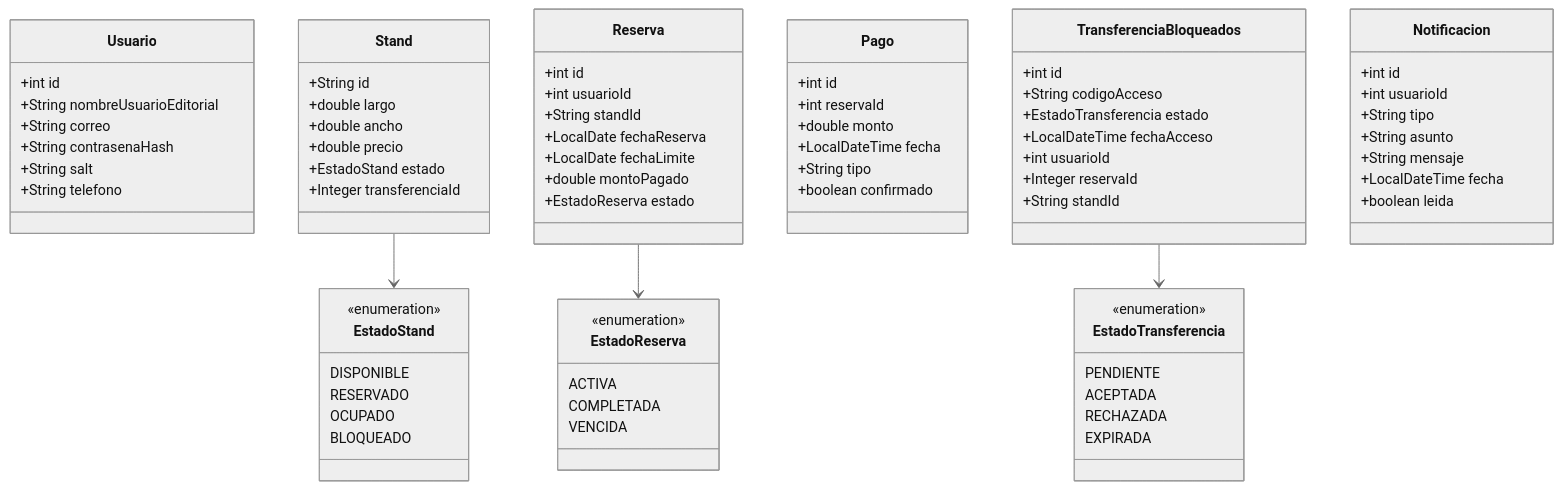
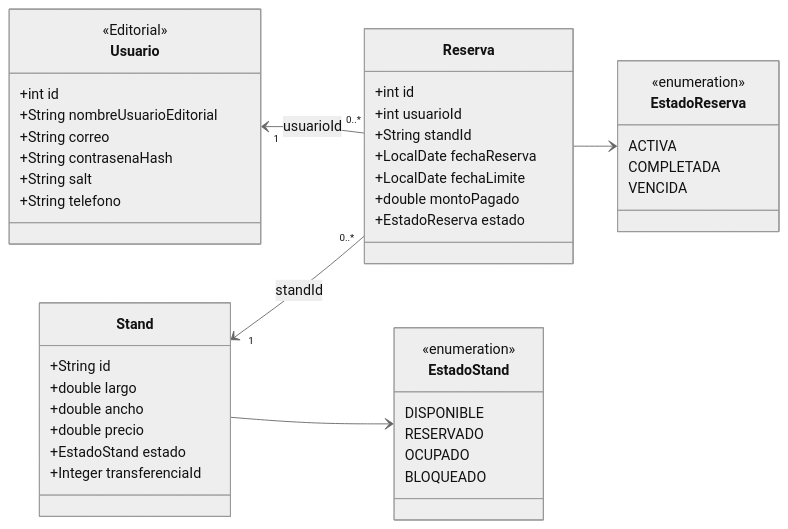
Before and after one commit to Javtamata145/StandsFiley-POO: the second of 9 diagrams in Stands-Filey/DiagramaClases/DiagramaClases.md, drawn with Mermaid (neutral theme). The commit also changed other lines of this file, not shown here.

Commit message:
Actualizando Diagrama clases

````diff
--- a/Stands-Filey/DiagramaClases/DiagramaClases.md
+++ b/Stands-Filey/DiagramaClases/DiagramaClases.md
@@ -41,15 +79,6 @@
 ```mermaid
 classDiagram
-direction TB
-
-class Usuario {
-  +int id
-  +String nombreUsuarioEditorial
-  +String correo
-  +String contrasenaHash
-  +String salt
-  +String telefono
-}
+direction LR
 
 class Stand {
   +String id
@@ -60,6 +89,16 @@
   +Integer transferenciaId
 }
 
+class Usuario {
+  <<Editorial>>
+  +int id
+  +String nombreUsuarioEditorial
+  +String correo
+  +String contrasenaHash
+  +String salt
+  +String telefono
+}
+
 class Reserva {
   +int id
   +int usuarioId
@@ -68,35 +107,6 @@
   +LocalDate fechaLimite
   +double montoPagado
   +EstadoReserva estado
-}
-
-class Pago {
-  +int id
-  +int reservaId
-  +double monto
-  +LocalDateTime fecha
-  +String tipo
-  +boolean confirmado
-}
-
-class TransferenciaBloqueados {
-  +int id
-  +String codigoAcceso
-  +EstadoTransferencia estado
-  +LocalDateTime fechaAcceso
-  +int usuarioId
-  +Integer reservaId
-  +String standId
-}
-
-class Notificacion {
-  +int id
-  +int usuarioId
-  +String tipo
-  +String asunto
-  +String mensaje
-  +LocalDateTime fecha
-  +boolean leida
 }
 
 class EstadoStand {
@@ -114,15 +124,8 @@
   VENCIDA
 }
 
-class EstadoTransferencia {
-  <<enumeration>>
-  PENDIENTE
-  ACEPTADA
-  RECHAZADA
-  EXPIRADA
-}
-
 Stand --> EstadoStand
 Reserva --> EstadoReserva
-TransferenciaBloqueados --> EstadoTransferencia
+Usuario "1" <-- "0..*" Reserva : usuarioId
+Stand "1" <-- "0..*" Reserva : standId
 ```
````
